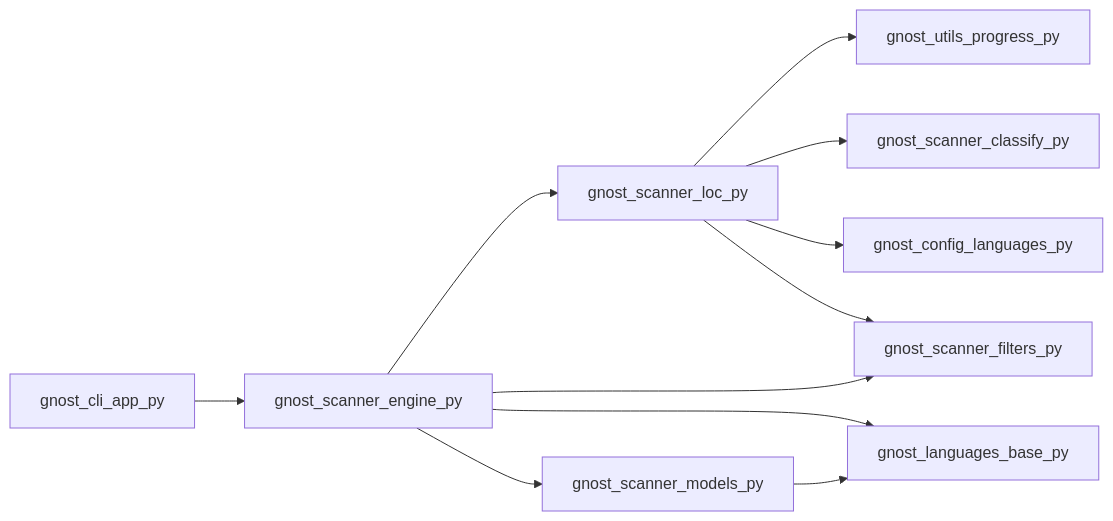
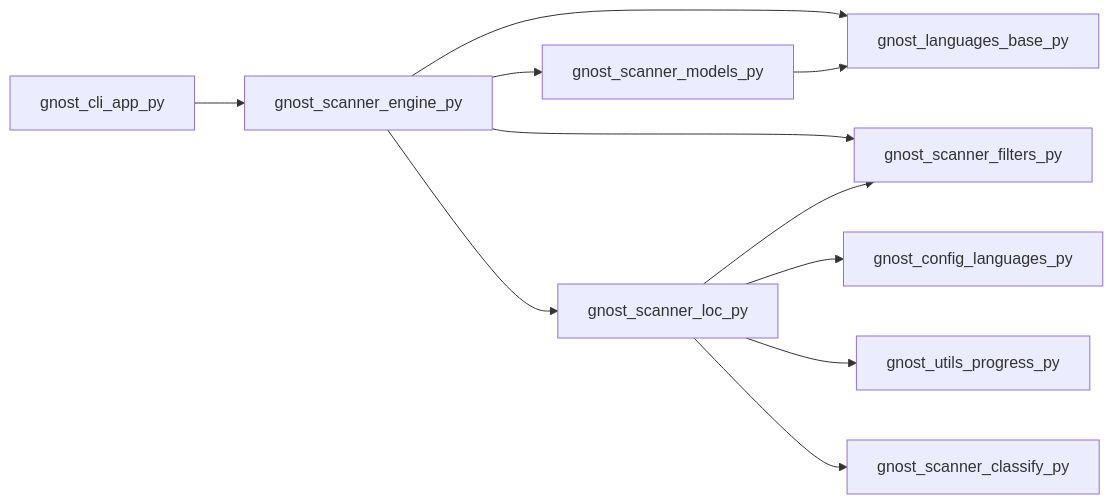
One commit to mohdzain98/gnost changed the ninth of 26 diagrams in flow/folder-paths.md. Above: the diagram before and after it, drawn with Mermaid. The commit also changed other lines of this file and 6 other files, not shown here.

````diff
--- a/flow/folder-paths.md
+++ b/flow/folder-paths.md
@@ -363,13 +363,13 @@
 ```mermaid
 flowchart LR
+  gnost_scanner_engine_py --> gnost_languages_base_py
+  gnost_scanner_engine_py --> gnost_scanner_filters_py
+  gnost_scanner_models_py --> gnost_languages_base_py
   gnost_scanner_engine_py --> gnost_scanner_loc_py
-  gnost_scanner_engine_py --> gnost_scanner_filters_py
-  gnost_scanner_engine_py --> gnost_languages_base_py
+  gnost_scanner_engine_py --> gnost_scanner_models_py
+  gnost_scanner_loc_py --> gnost_config_languages_py
   gnost_scanner_loc_py --> gnost_utils_progress_py
+  gnost_cli_app_py --> gnost_scanner_engine_py
   gnost_scanner_loc_py --> gnost_scanner_classify_py
-  gnost_scanner_models_py --> gnost_languages_base_py
-  gnost_scanner_loc_py --> gnost_config_languages_py
-  gnost_scanner_engine_py --> gnost_scanner_models_py
-  gnost_cli_app_py --> gnost_scanner_engine_py
   gnost_scanner_loc_py --> gnost_scanner_filters_py
 ```
````
